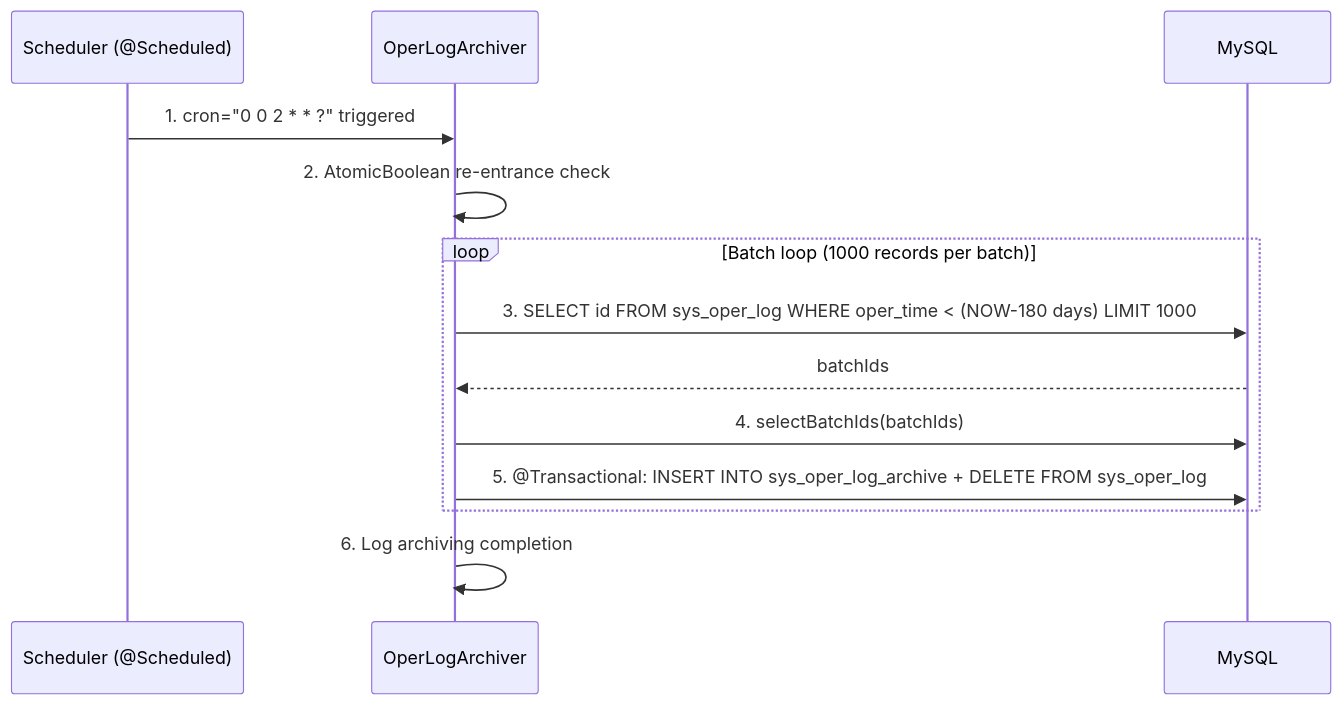
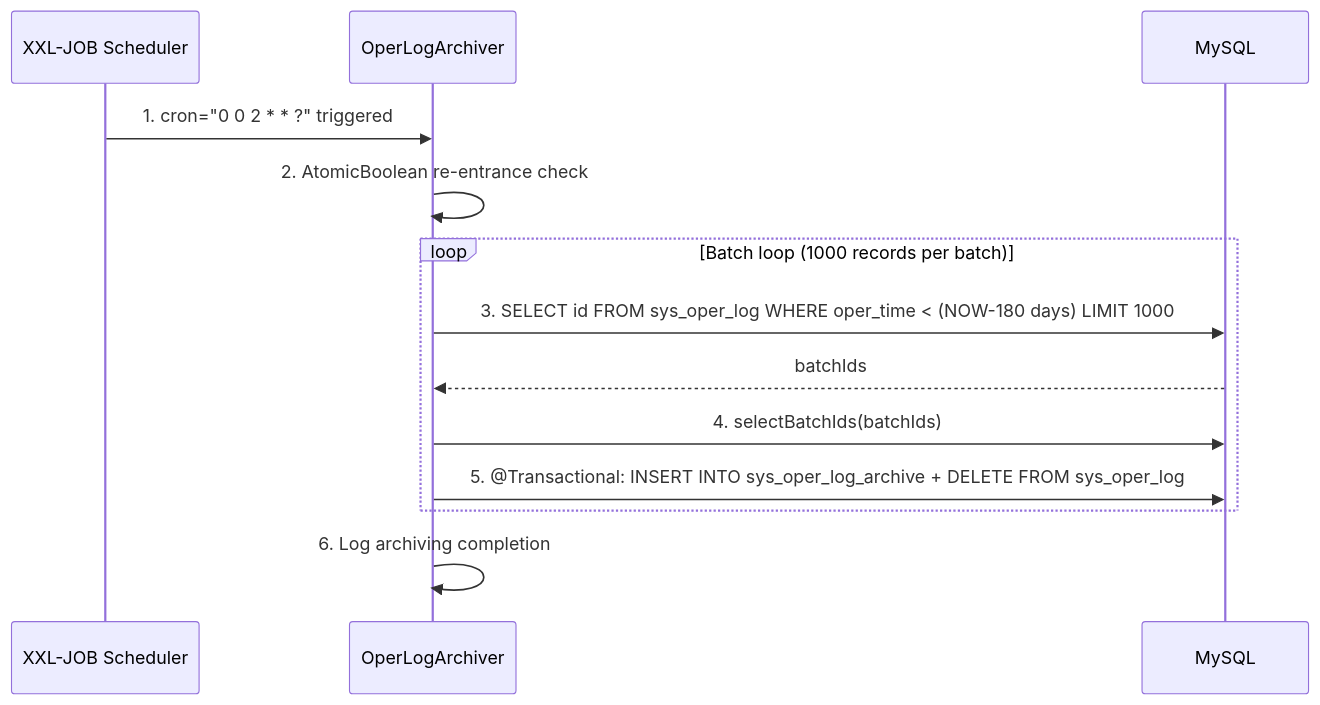
Before and after one commit to wang-baohai/Omni-Stack: the tenth of 19 diagrams in docs/core-flows.en.md, drawn with Mermaid. The commit also changed other lines of this file and 1443 other files, not shown here.

````diff
--- a/docs/core-flows.en.md
+++ b/docs/core-flows.en.md
@@ -1244,16 +1244,16 @@
 ```mermaid
 sequenceDiagram
-    participant S as Scheduler (@Scheduled)
+    participant S as XXL-JOB Scheduler
     participant Arc as OperLogArchiver
     participant M as MySQL
 
     S->>Arc: 1. cron="0 0 2 * * ?" triggered
     Arc->>Arc: 2. AtomicBoolean re-entrance check
     loop Batch loop (1000 records per batch)
         Arc->>M: 3. SELECT id FROM sys_oper_log WHERE oper_time < (NOW-180 days) LIMIT 1000
         M-->>Arc: batchIds
         Arc->>M: 4. selectBatchIds(batchIds)
         Arc->>M: 5. @Transactional: INSERT INTO sys_oper_log_archive + DELETE FROM sys_oper_log
     end
     Arc->>Arc: 6. Log archiving completion
 ```
````
